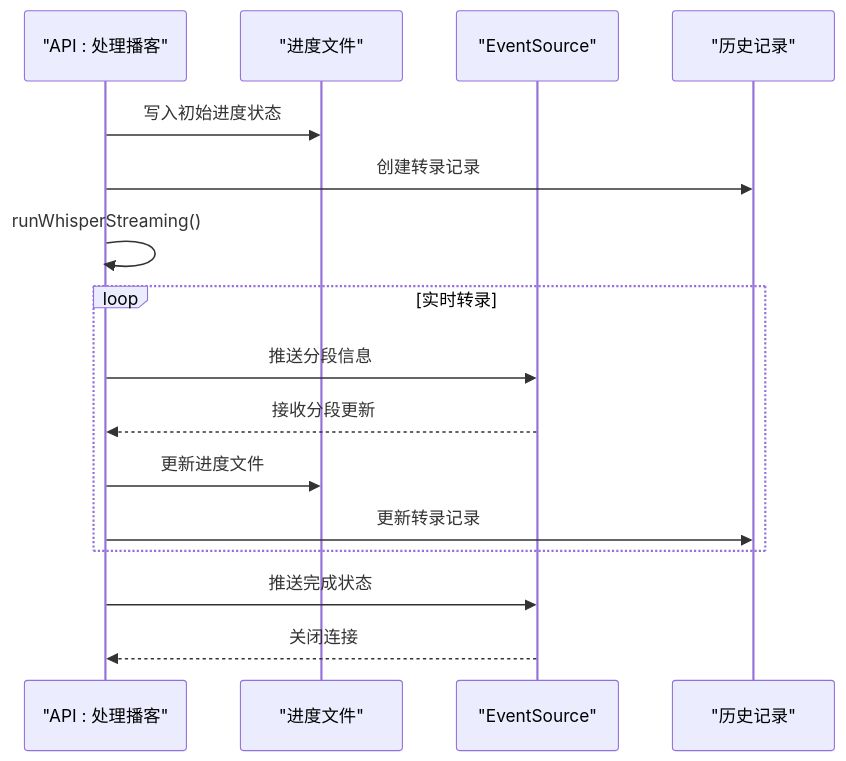
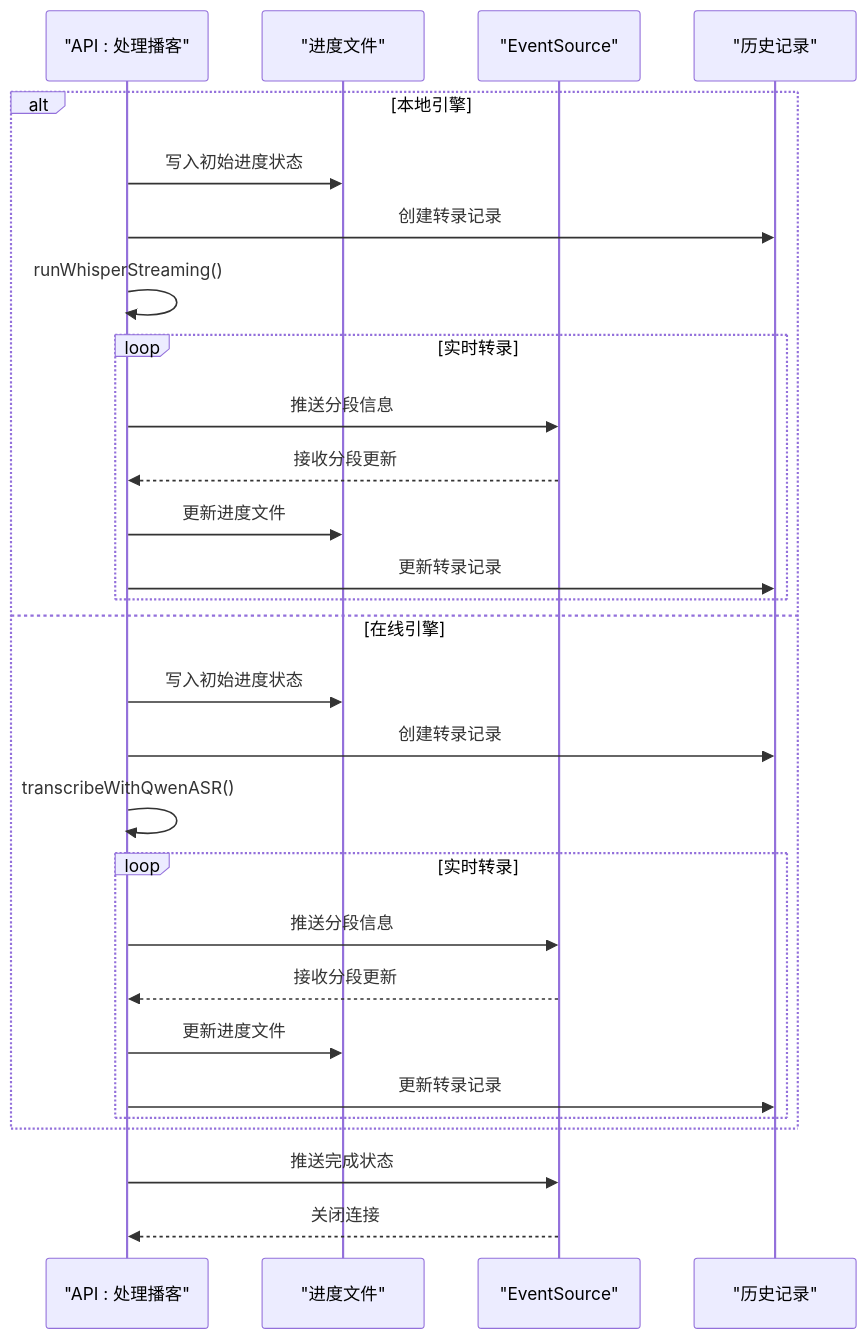
The ninth of 22 diagrams in .qoder/repowiki/zh/content/核心功能模块/播客转录功能.md (clawbotai/memo-flow), drawn with Mermaid before and after one commit. The commit also changed other lines of this file and 4 other files, not shown here.

````diff
--- a/.qoder/repowiki/zh/content/核心功能模块/播客转录功能.md
+++ b/.qoder/repowiki/zh/content/核心功能模块/播客转录功能.md
@@ -363,18 +436,30 @@
 ```mermaid
 sequenceDiagram
 participant A as "API : 处理播客"
 participant P as "进度文件"
 participant ES as "EventSource"
 participant H as "历史记录"
+Alt 本地引擎
 A->>P : 写入初始进度状态
 A->>H : 创建转录记录
 A->>A : runWhisperStreaming()
 loop 实时转录
 A->>ES : 推送分段信息
 ES-->>A : 接收分段更新
 A->>P : 更新进度文件
 A->>H : 更新转录记录
 end
+Else 在线引擎
+A->>P : 写入初始进度状态
+A->>H : 创建转录记录
+A->>A : transcribeWithQwenASR()
+loop 实时转录
+A->>ES : 推送分段信息
+ES-->>A : 接收分段更新
+A->>P : 更新进度文件
+A->>H : 更新转录记录
+end
+End
 A->>ES : 推送完成状态
 ES-->>A : 关闭连接
 ```
````
